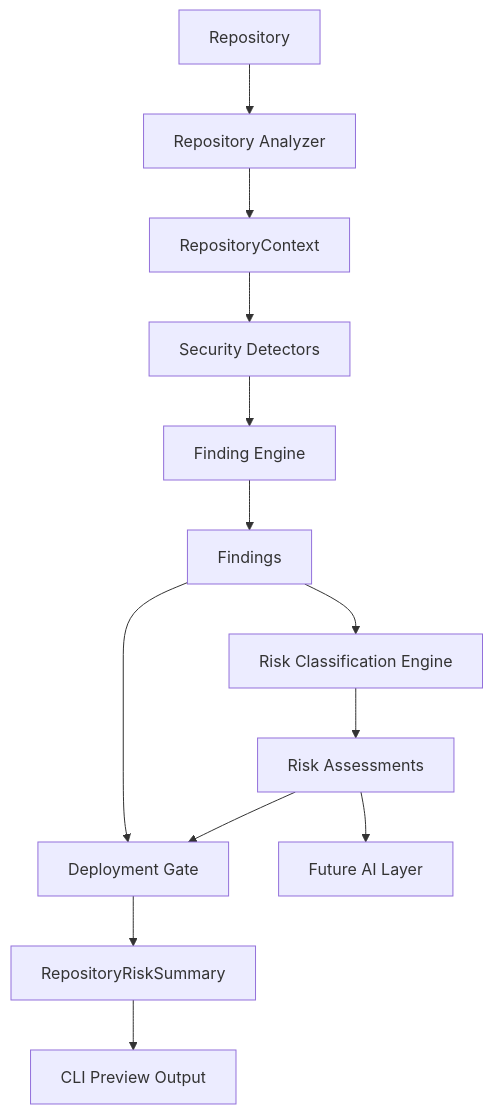
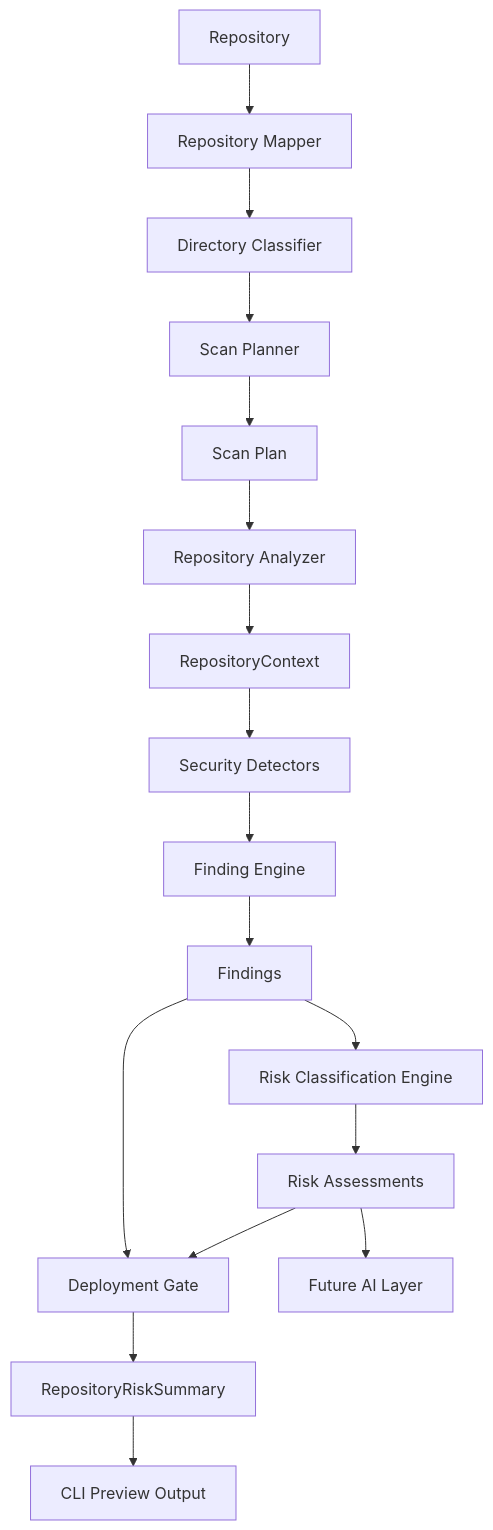
The first of 3 diagrams in README.md (Isaac3084/devsecscan), drawn with Mermaid before and after one commit. The commit also changed other lines of this file and 36 other files, not shown here.

Commit message:
feat: implement Phase 6A Repository Intelligence Layer with Scan Planner

````diff
--- a/README.md
+++ b/README.md
@@ -7,15 +7,19 @@
 ```mermaid
 flowchart TD
-    Repository["Repository"] --> Analyzer["Repository Analyzer"]
+    Repository["Repository"] --> Mapper["Repository Mapper"]
+    Mapper --> Classifier["Directory Classifier"]
+    Classifier --> Planner["Scan Planner"]
+    Planner --> ScanPlan["Scan Plan"]
+    ScanPlan --> Analyzer["Repository Analyzer"]
     Analyzer --> Context["RepositoryContext"]
     Context --> Detectors["Security Detectors"]
     Detectors --> FindingEngine["Finding Engine"]
     FindingEngine --> Findings["Findings"]
     Findings --> RiskClassifier["Risk Classification Engine"]
     RiskClassifier --> RiskAssessments["Risk Assessments"]
     Findings --> DeploymentGate["Deployment Gate"]
     RiskAssessments --> DeploymentGate
     DeploymentGate --> Summary["RepositoryRiskSummary"]
     Summary --> Formatter["CLI Preview Output"]
     RiskAssessments --> FutureAI["Future AI Layer"]
 ```
````
